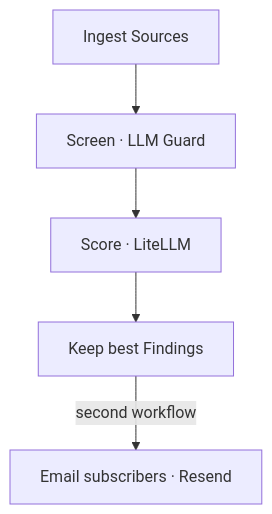
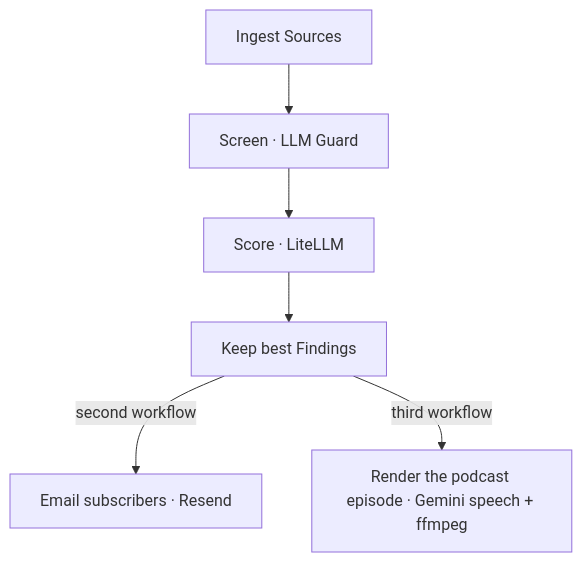
One commit to doubleoevan/carlnotes changed the second of 4 diagrams in README.md. Above: the diagram before and after it, drawn with Mermaid. The commit also changed other lines of this file and 276 other files, not shown here.

````diff
--- a/README.md
+++ b/README.md
@@ -62,4 +62,5 @@
 ```mermaid
 flowchart
     Ingest[Ingest Sources] --> Screen[Screen · LLM Guard] --> Score[Score · LiteLLM] --> Review[Keep best Findings] -->|second workflow| Email[Email subscribers · Resend]
+    Review -->|third workflow| Episode[Render the podcast episode · Gemini speech + ffmpeg]
 ```
````
